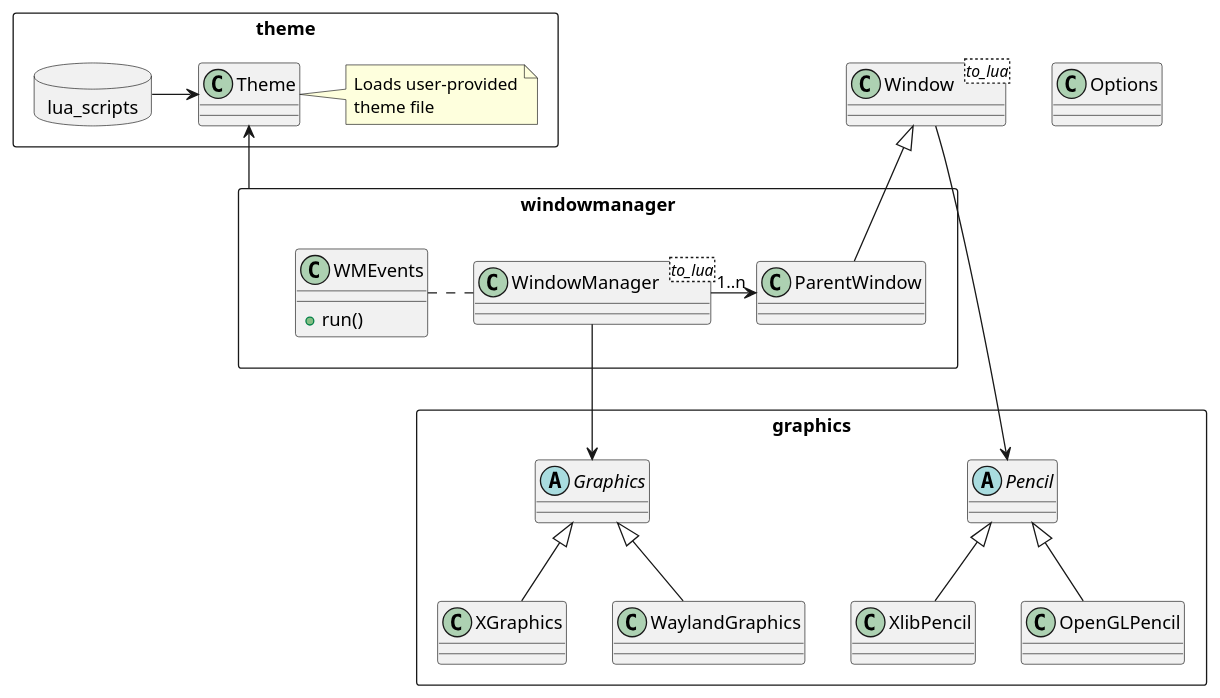
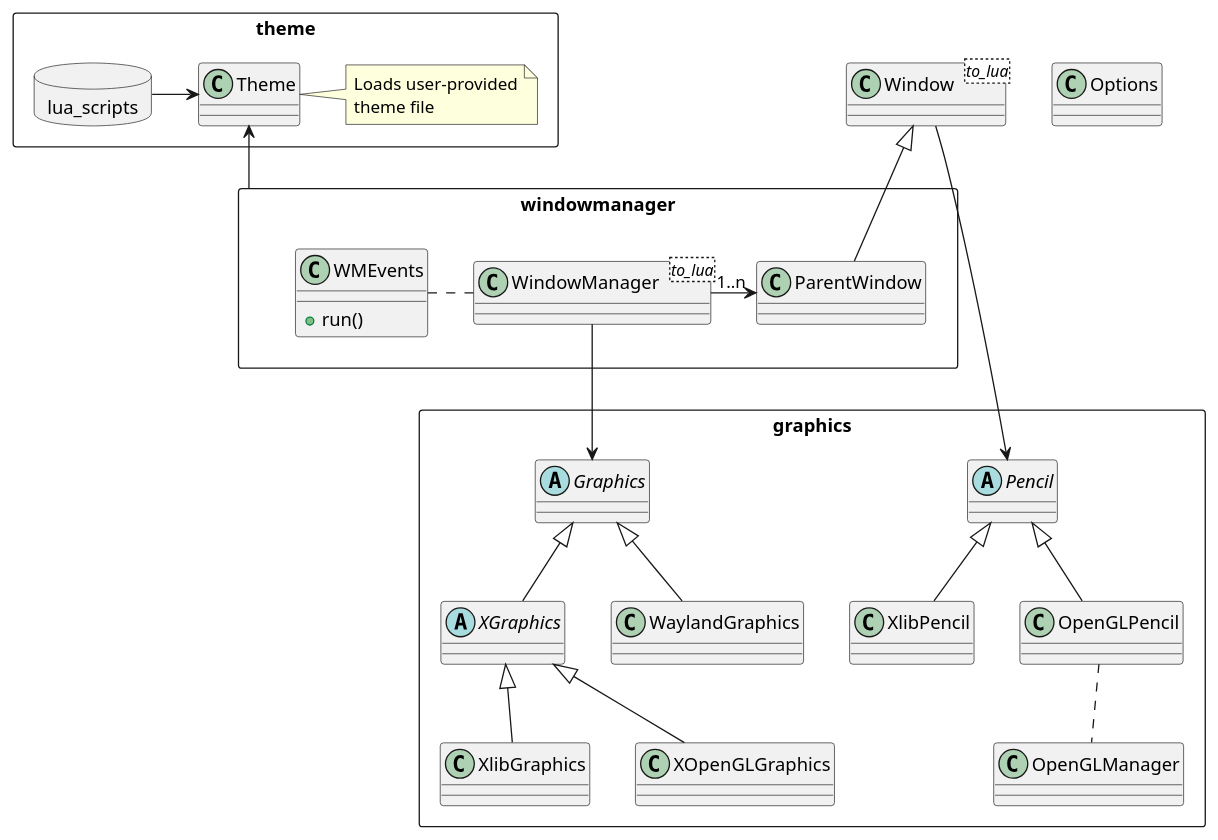
The diagram in doc/classes.puml (andrenho/customwm), drawn with PlantUML before and after one commit. The commit also changed 6 other files, not shown here.

```diff
--- a/doc/classes.puml
+++ b/doc/classes.puml
@@ -1,44 +1,50 @@
 @startuml
 
 class Options
 
 rectangle theme {
     package lua_scripts <<Database>> {
     }
     class Theme
     lua_scripts -> Theme
     note right of Theme
         Loads user-provided
         theme file
     end note
 }
 
 class Window <to_lua>
 
 rectangle windowmanager {
     class WindowManager <to_lua>
     class ParentWindow
     class WMEvents {
         +run()
     }
     WindowManager -> "1..n" ParentWindow
     ParentWindow -up-|> Window
     WindowManager .left. WMEvents
 }
 
 rectangle graphics {
     abstract class Graphics
     abstract class Pencil
+    abstract class XGraphics
 
     Graphics <|-- XGraphics
     Graphics <|-- WaylandGraphics
 
+    XGraphics <|-- XlibGraphics
+    XGraphics <|-- XOpenGLGraphics
+
     Pencil <|-- XlibPencil
     Pencil <|-- OpenGLPencil
+
+    OpenGLPencil .. OpenGLManager
 }
 
 windowmanager -up-> Theme
 WindowManager --> Graphics
 Window --> Pencil
 
 @enduml
```
